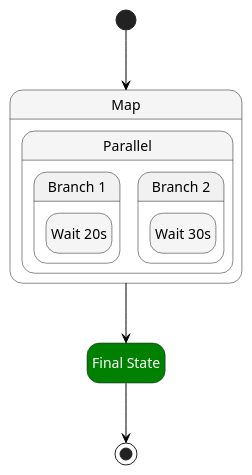
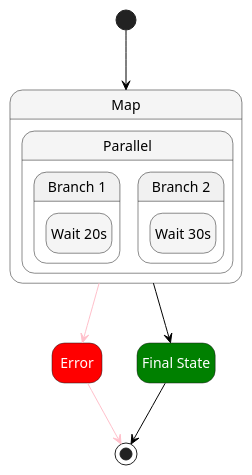
Before and after one commit to massfords/asl-puml: the diagram in src/__tests__/pumls/parallel_in_map.asl.puml, drawn with PlantUML. The commit also changed 3 other files, not shown here.

```diff
--- a/src/__tests__/pumls/parallel_in_map.asl.puml
+++ b/src/__tests__/pumls/parallel_in_map.asl.puml
@@ -1,31 +1,37 @@
 @startuml
 hide empty description
 skinparam ArrowColor #black
 skinparam state {
+
+    BackgroundColor<<aslFail>> #red
+    FontColor<<aslFail>> automatic
 
     BackgroundColor<<aslMap>> #whitesmoke
 
     BackgroundColor<<aslParallel>> #whitesmoke
 
     BackgroundColor<<aslSucceed>> #green
     FontColor<<aslSucceed>> automatic
 
     BackgroundColor<<aslWait>> #whitesmoke
     FontColor<<aslWait>> automatic
     BackgroundColor<<Compensate>> #orange
 }
 state "Map" as state1<<aslMap>> {
-state "Parallel" as state3<<aslParallel>> {
-state "Branch 1" as state3_1 {
-state "Wait 20s" as state4<<aslWait>>
+state "Parallel" as state4<<aslParallel>> {
+state "Branch 1" as state4_1 {
+state "Wait 20s" as state5<<aslWait>>
 }
-state "Branch 2" as state3_2 {
-state "Wait 30s" as state5<<aslWait>>
+state "Branch 2" as state4_2 {
+state "Wait 30s" as state6<<aslWait>>
 }
 }
 }
-state "Final State" as state2<<aslSucceed>>
+state "Error" as state2<<aslFail>>
+state "Final State" as state3<<aslSucceed>>
 [*] --> state1
-state1 --> state2
-state2 --> [*]
+state1 --> state3
+state1 -[#pink]-> state2
+state2 -[#pink]-> [*]
+state3 --> [*]
 @enduml
```
